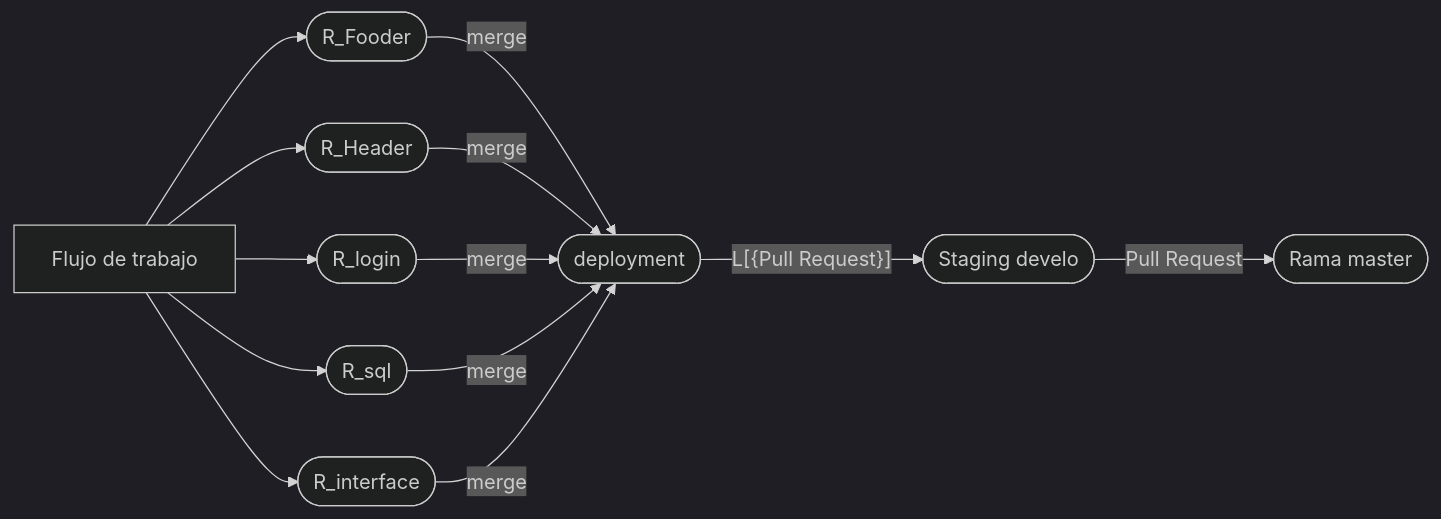
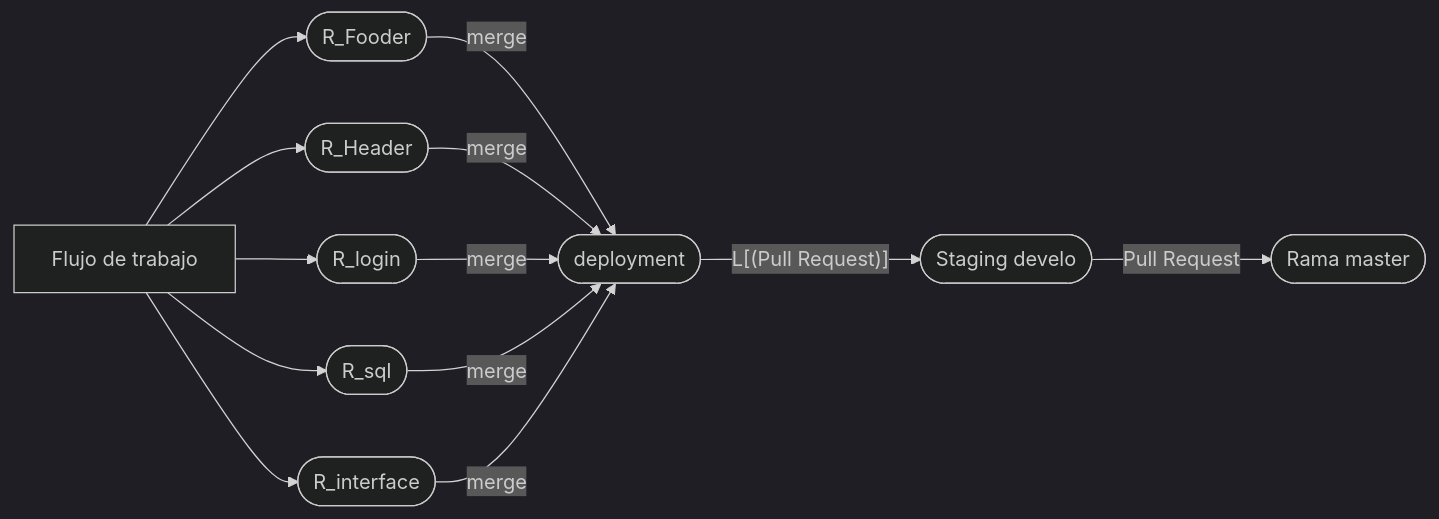
The third of 3 diagrams in Notas_del_curso_de_git.md (dczinil/git), drawn with Mermaid (dark theme) before and after one commit.

Commit message:
Trabajando en los graficos de flujo de trebajo p15 nuevo grafico

````diff
--- a/Notas_del_curso_de_git.md
+++ b/Notas_del_curso_de_git.md
@@ -253,10 +253,10 @@
 ```mermaid
 
 graph LR
 A[Flujo de trabajo]-->B([R_Fooder])--merge-->H
 A[Flujo de trabajo]-->C([R_Header])--merge-->H
 A[Flujo de trabajo]-->D([R_login])--merge-->H
 A[Flujo de trabajo]-->E([R_sql])--merge-->H
 A[Flujo de trabajo]-->G([R_interface])--merge-->H
-H([deployment])--L[{Pull Request}]-->I([Staging  develo])--Pull Request-->K([Rama master])
+H([deployment])--L[(Pull Request)]-->I([Staging  develo])--Pull Request-->K([Rama master])
 ```
````
